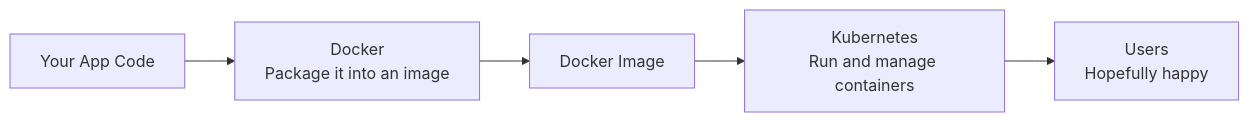
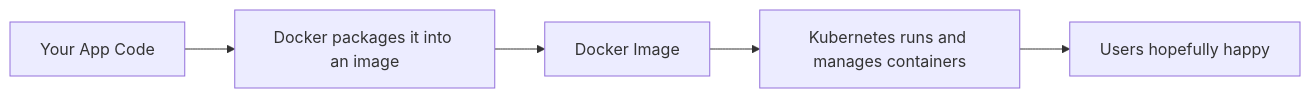
Before and after one commit to amit4996/learn-k8s-az: the seventh of 7 diagrams in Ch1.Docker/readme.md, drawn with Mermaid. The commit also changed other lines of this file, not shown here.

Commit message:
adding docker

````diff
--- a/Ch1.Docker/readme.md
+++ b/Ch1.Docker/readme.md
@@ -317,7 +319,7 @@
 ```mermaid
 flowchart LR
-    Code["Your App Code"] --> Docker["Docker<br/>Package it into an image"]
+    Code[Your App Code] --> Docker[Docker packages it into an image]
     Docker --> Image["Docker Image"]
-    Image --> K8s["Kubernetes<br/>Run and manage containers"]
-    K8s --> Users["Users<br/>Hopefully happy"]
+    Image --> K8s[Kubernetes runs and manages containers]
+    K8s --> Users[Users hopefully happy]
 ```
````
